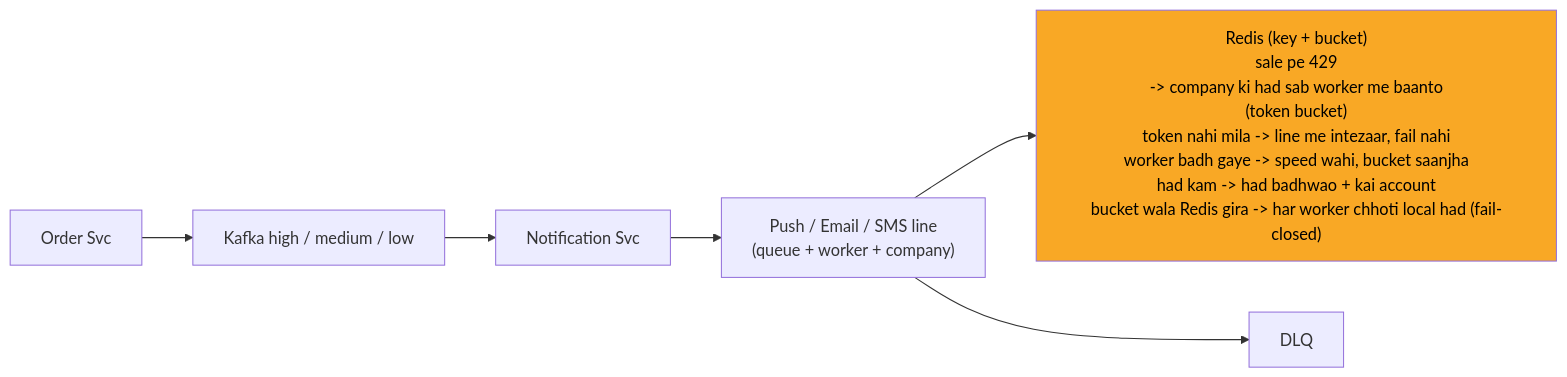
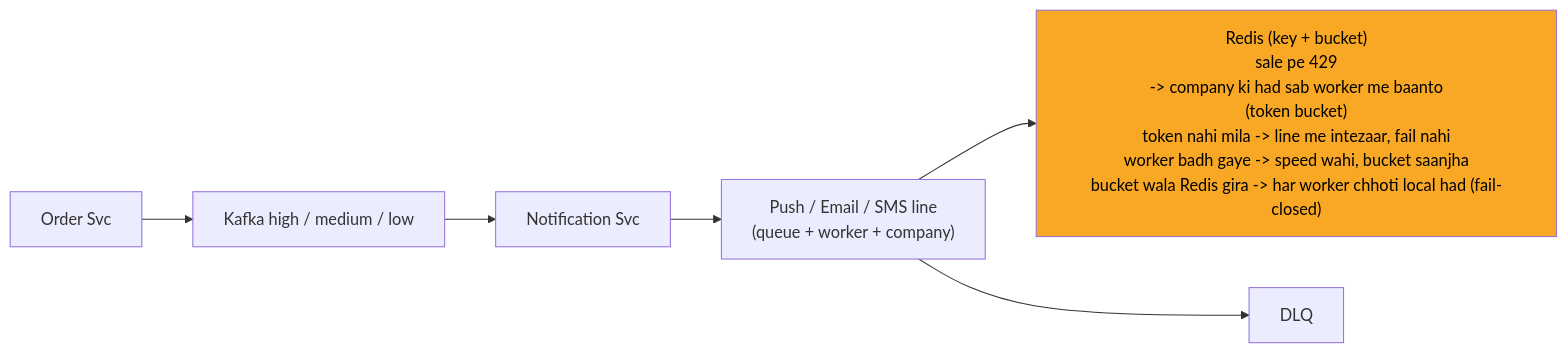
The ninth of 13 diagrams in 04_HLD/SYSTEM_DESIGNS/04_notification_system/04_notification_system.md (ArpanMaheshwari144/Prep), drawn with Mermaid before and after one commit. The commit also changed other lines of this file and 13 other files, not shown here.

````diff
--- a/04_HLD/SYSTEM_DESIGNS/04_notification_system/04_notification_system.md
+++ b/04_HLD/SYSTEM_DESIGNS/04_notification_system/04_notification_system.md
@@ -370,16 +370,16 @@
 ```mermaid
 %%{init: {"flowchart": {"wrappingWidth": 450}}}%%
 flowchart LR
     n_Order_Svc["Order Svc"]
     n_Kafka["Kafka high / medium / low"]
     n_Notification_Svc["Notification Svc"]
     n_LINES["Push / Email / SMS line<br/>(queue + worker + company)"]
-    n_Redis["Redis (key + bucket)<br/>sale pe 429<br/>-> company ki had sab worker me baanto<br/>(token bucket)<br/>token nahi mila -> line me intezaar, fail nahi<br/>worker badh gaye -> speed wahi, bucket saanjha<br/>had kam -> had badhwao + kai account<br/>bucket wala Redis gira -> har worker chhoti local had (fail-closed)"]
+    n_Redis["Redis (key + bucket)<br/>sale pe 429<br/>-> company ki had sab worker me baanto<br/>(token bucket)<br/>token nahi mila -> line me intezaar, fail nahi<br/>worker badh gaye -> speed wahi, bucket saanjha<br/>bucket wala Redis gira -> har worker chhoti local had (fail-closed)"]
     n_DLQ["DLQ"]
     n_Order_Svc --> n_Kafka
     n_Kafka --> n_Notification_Svc
     n_Notification_Svc --> n_LINES
     n_LINES --> n_Redis
     n_LINES --> n_DLQ
     style n_Redis fill:#f9a825,color:#000
 ```
````
